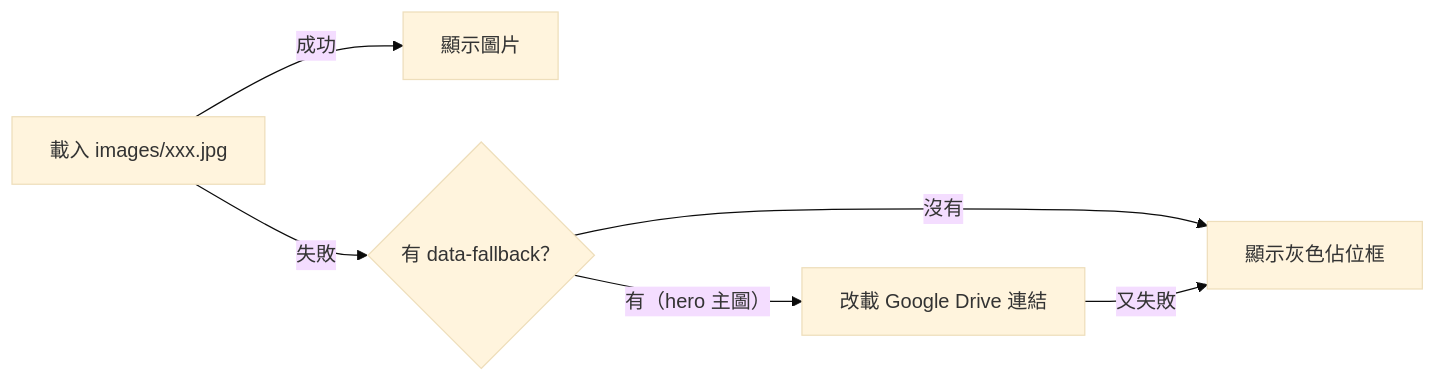
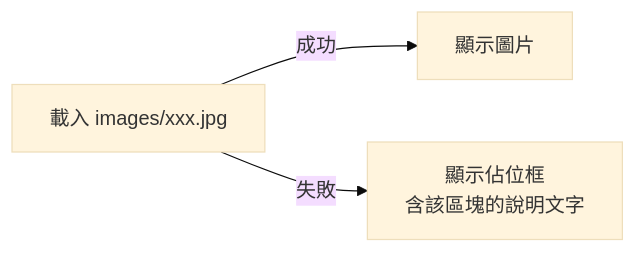
Before and after one commit to ziqing-hub/PaintingChair: the second of 2 diagrams in README.md, drawn with Mermaid (base theme). The commit also changed other lines of this file and 13 other files, not shown here.

````diff
--- a/README.md
+++ b/README.md
@@ -71,8 +91,5 @@
 ```mermaid
 flowchart LR
     A[載入 images/xxx.jpg] -->|成功| B[顯示圖片]
-    A -->|失敗| C{有 data-fallback？}
-    C -->|有（hero 主圖）| D[改載 Google Drive 連結]
-    C -->|沒有| E[顯示灰色佔位框]
-    D -->|又失敗| E
+    A -->|失敗| C[顯示佔位框<br>含該區塊的說明文字]
 ```
````
